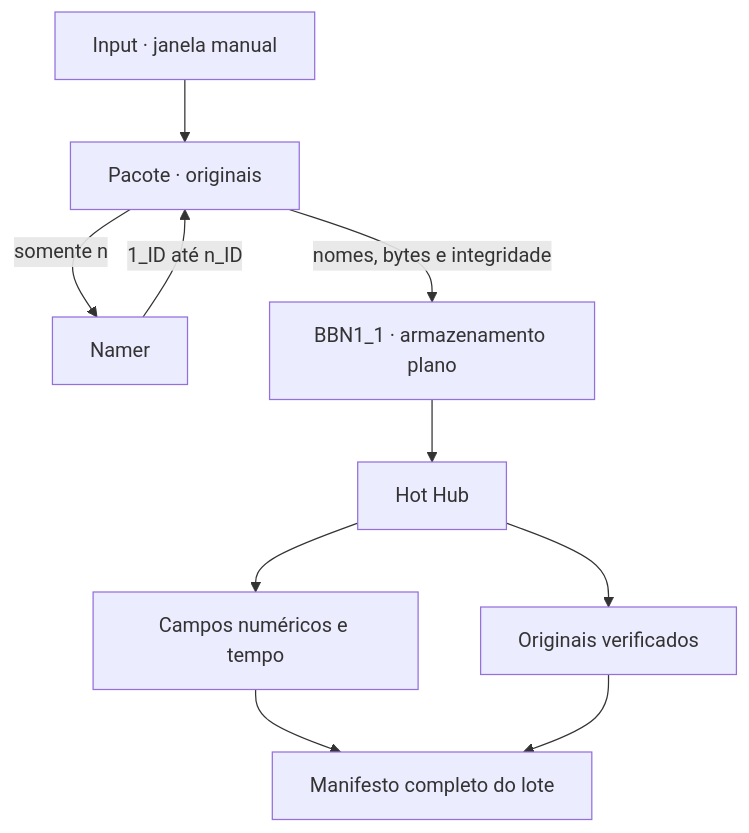
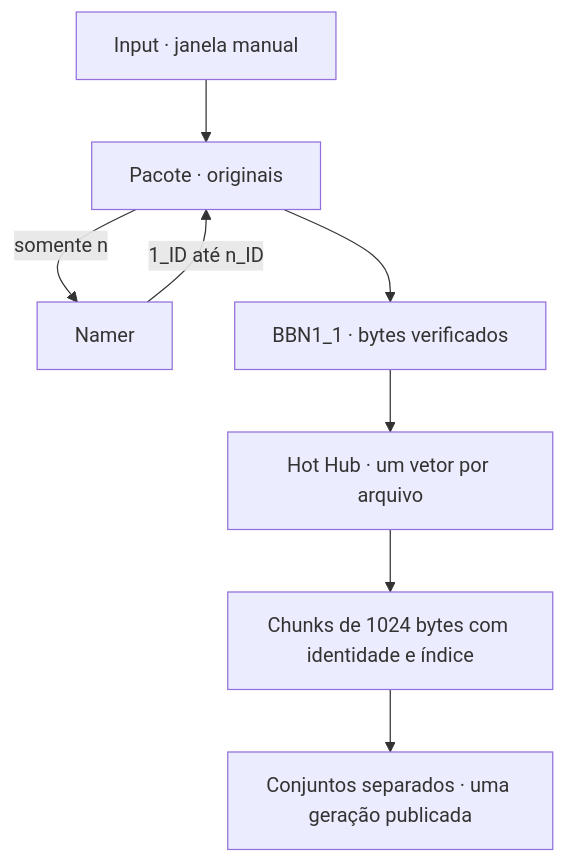
Before and after one commit to Walc21/AI-MEMORY: the diagram in README.md, drawn with Mermaid. The commit also changed other lines of this file and 20 other files, not shown here.

First line of the commit message:
Rebuild Hot Hub as lossless 1024-byte chunk sets

````diff
--- a/README.md
+++ b/README.md
@@ -9,12 +9,10 @@
 ```mermaid
 flowchart TB
     I["Input · janela manual"] --> P["Pacote · originais"]
     P -->|"somente n"| N["Namer"]
     N -->|"1_ID até n_ID"| P
-    P -->|"nomes, bytes e integridade"| B["BBN1_1 · armazenamento plano"]
-    B --> H["Hot Hub"]
-    H --> O["Originais verificados"]
-    H --> F["Campos numéricos e tempo"]
-    F --> M["Manifesto completo do lote"]
-    O --> M
+    P --> B["BBN1_1 · bytes verificados"]
+    B --> H["Hot Hub · um vetor por arquivo"]
+    H --> C["Chunks de 1024 bytes com identidade e índice"]
+    C --> M["Conjuntos separados · uma geração publicada"]
 ```
````
